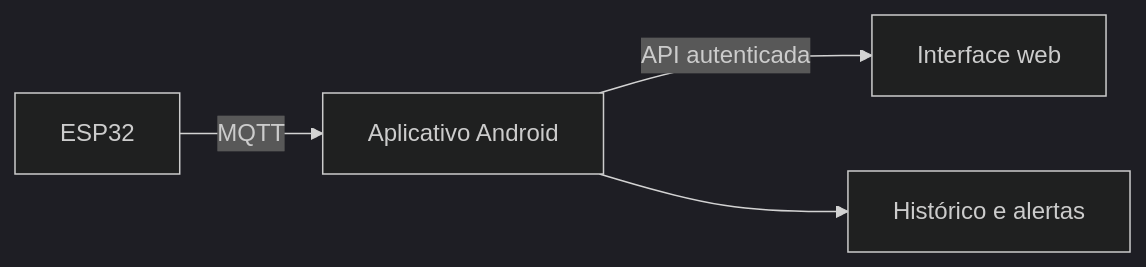
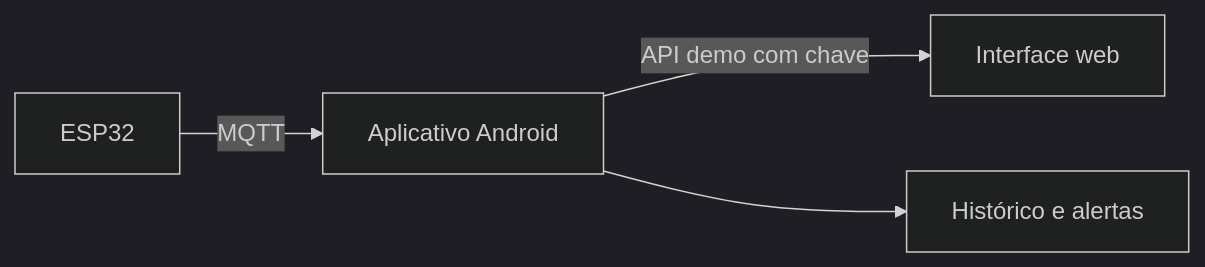
The diagram in docs/PLANO_WEB.md (ThHSzR/winterhold), drawn with Mermaid (dark theme) before and after one commit. The commit also changed other lines of this file and 13 other files, not shown here.

Commit message:
feat(android): serve web demo e compartilha estado com APK

````diff
--- a/docs/PLANO_WEB.md
+++ b/docs/PLANO_WEB.md
@@ -7,6 +7,6 @@
 ```mermaid
 flowchart LR
   S["ESP32"] -->|MQTT| C["Aplicativo Android"]
-  C -->|API autenticada| W["Interface web"]
+  C -->|API demo com chave| W["Interface web"]
   C --> H["Histórico e alertas"]
 ```
````
